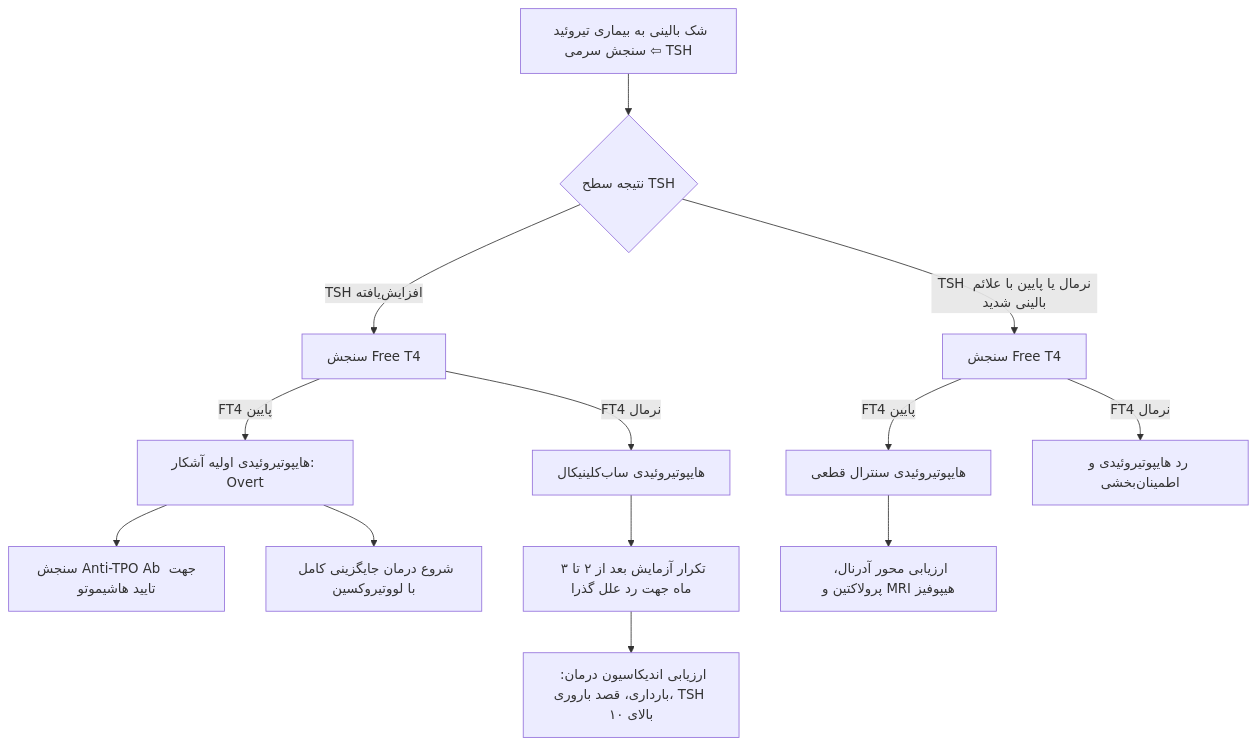
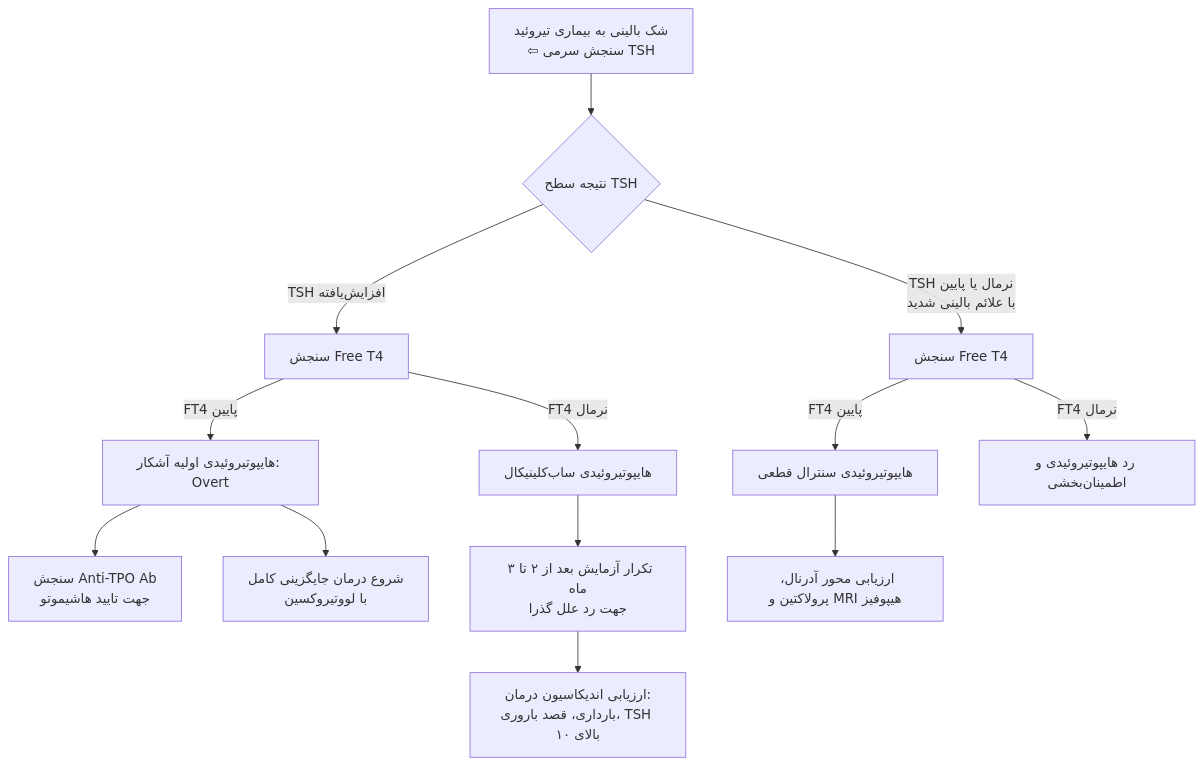
Before and after one commit to neopulse-hub/TUMS-1402-1-neo: the fifth of 6 diagrams in 07/مبانی غدد/کم‌کاری تیروئید.md, drawn with Mermaid. The commit also changed other lines of this file, not shown here.

Commit message:
Update کم‌کاری تیروئید.md

````diff
--- a/07/مبانی غدد/کم‌کاری تیروئید.md
+++ b/07/مبانی غدد/کم‌کاری تیروئید.md
@@ -237,19 +238,19 @@
 ```mermaid
 flowchart TD
-    TSH_Check[شک بالینی به بیماری تیروئید ⇦ سنجش سرمی TSH] --> Result{نتیجه سطح TSH}
+    TSH_Check[شک بالینی به بیماری تیروئید<br>⇦ سنجش سرمی TSH] --> Result{نتیجه سطح TSH}
     
     Result -->|TSH افزایش‌یافته| CheckFT4[سنجش Free T4]
-    Result -->|TSH نرمال یا پایین با علائم بالینی شدید| CheckCent[سنجش Free T4]
+    Result -->|TSH نرمال یا پایین<br>با علائم بالینی شدید| CheckCent[سنجش Free T4]
     
     CheckFT4 -->|FT4 پایین| OvertPrimary[هایپوتیروئیدی اولیه آشکار: Overt]
-    OvertPrimary --> CheckAntiTPO[سنجش Anti-TPO Ab جهت تایید هاشیموتو]
-    OvertPrimary --> StartLT4[شروع درمان جایگزینی کامل با لووتیروکسین]
+    OvertPrimary --> CheckAntiTPO[سنجش Anti-TPO Ab<br>جهت تایید هاشیموتو]
+    OvertPrimary --> StartLT4[شروع درمان جایگزینی کامل<br>با لووتیروکسین]
     
     CheckFT4 -->|FT4 نرمال| Subclin[هایپوتیروئیدی ساب‌کلینیکال]
-    Subclin --> Repeat3M[تکرار آزمایش بعد از ۲ تا ۳ ماه جهت رد علل گذرا]
-    Repeat3M --> EvalSubclin[ارزیابی اندیکاسیون درمان: بارداری، قصد باروری، TSH بالای ۱۰]
+    Subclin --> Repeat3M[تکرار آزمایش بعد از ۲ تا ۳ ماه<br>جهت رد علل گذرا]
+    Repeat3M --> EvalSubclin[ارزیابی اندیکاسیون درمان:<br>بارداری، قصد باروری، TSH بالای ۱۰]
     
     CheckCent -->|FT4 پایین| CentralHypo[هایپوتیروئیدی سنترال قطعی]
     CentralHypo --> WorkupPit[ارزیابی محور آدرنال، پرولاکتین و MRI هیپوفیز]
     CheckCent -->|FT4 نرمال| Euthyroid[رد هایپوتیروئیدی و اطمینان‌بخشی]
 ```
````
